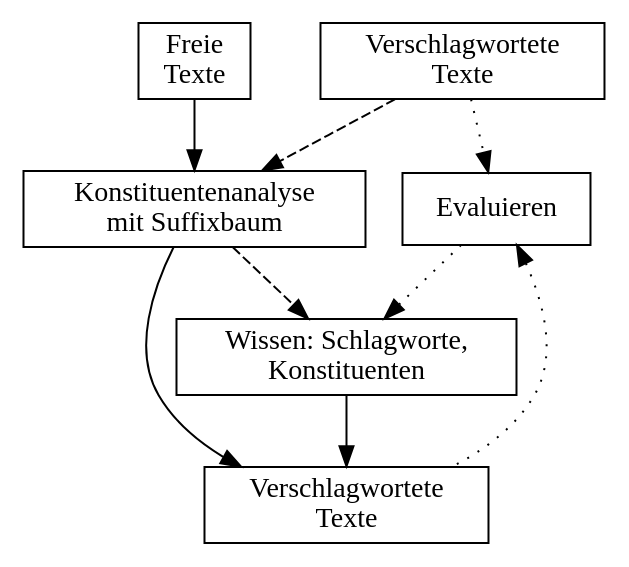
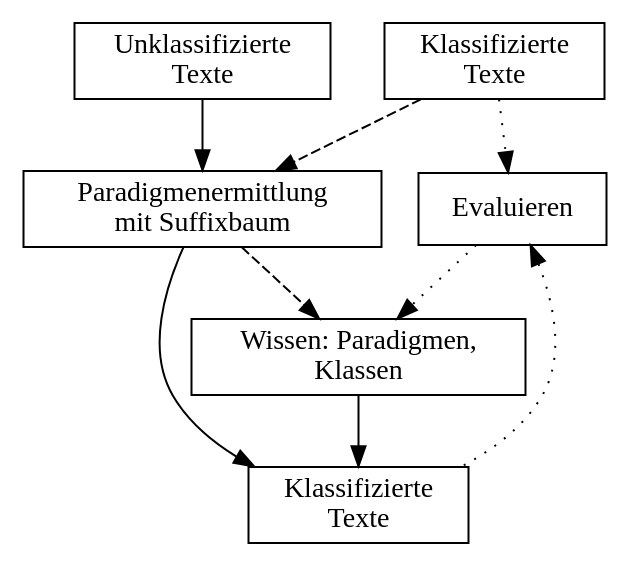
One commit to fsteeg/stnl changed the diagram in de.uni_koeln.spinfo.is.document_tagger/dokumentation/verschlagwortung.dot. Above: the diagram before and after it, drawn with Graphviz. The commit also changed 13 other files, not shown here.

```diff
--- a/de.uni_koeln.spinfo.is.document_tagger/dokumentation/verschlagwortung.dot
+++ b/de.uni_koeln.spinfo.is.document_tagger/dokumentation/verschlagwortung.dot
@@ -1,26 +1,26 @@
 digraph tagger {
 	node[shape=box]
 	rankdir="TD"
 	
-	tagged1[label="Verschlagwortete\nTexte"]
-	untagged[label="Freie\nTexte"]
-	constituents[label="Konstituentenanalyse\nmit Suffixbaum"]
-	knowledge[label="Wissen: Schlagworte,\nKonstituenten"]
-	tagged2[label="Verschlagwortete\nTexte"]
+	tagged1[label="Klassifizierte\nTexte"]
+	untagged[label="Unklassifizierte\nTexte"]
+	constituents[label="Paradigmenermittlung\nmit Suffixbaum"]
+	knowledge[label="Wissen: Paradigmen,\nKlassen"]
+	tagged2[label="Klassifizierte\nTexte"]
 	eval[label="Evaluieren"]
 
 	/*lernen*/
 	tagged1->constituents[style=dashed]
 	constituents->knowledge[style=dashed]
 	
 	/*anwenden*/
 	untagged->constituents
 	constituents->tagged2
 	knowledge->tagged2
 	
 	/*evaluieren*/
 	tagged1->eval[style=dotted]
 	eval->tagged2[dir=back, style=dotted]
 	eval->knowledge[style=dotted]
 	
 }
```
